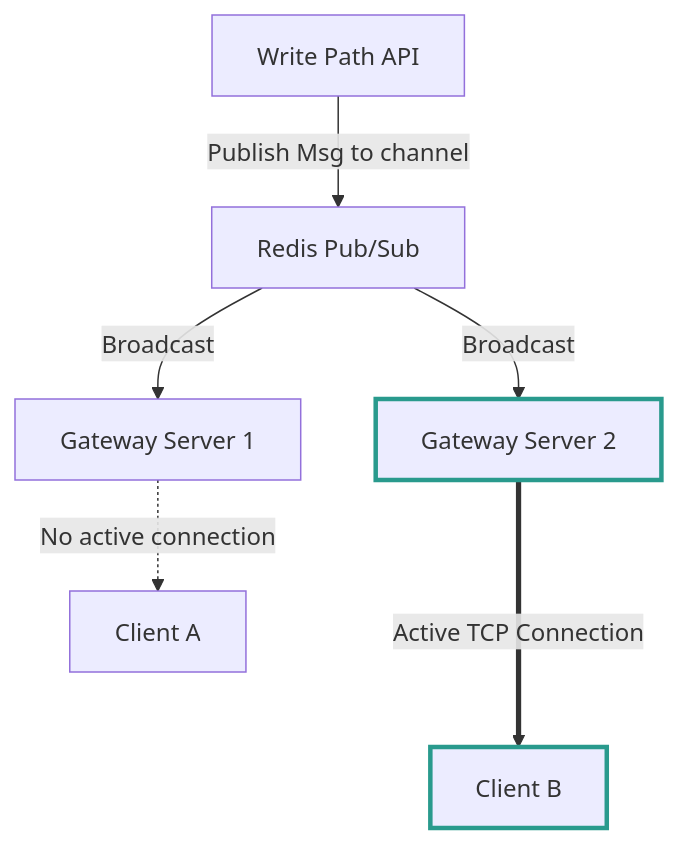
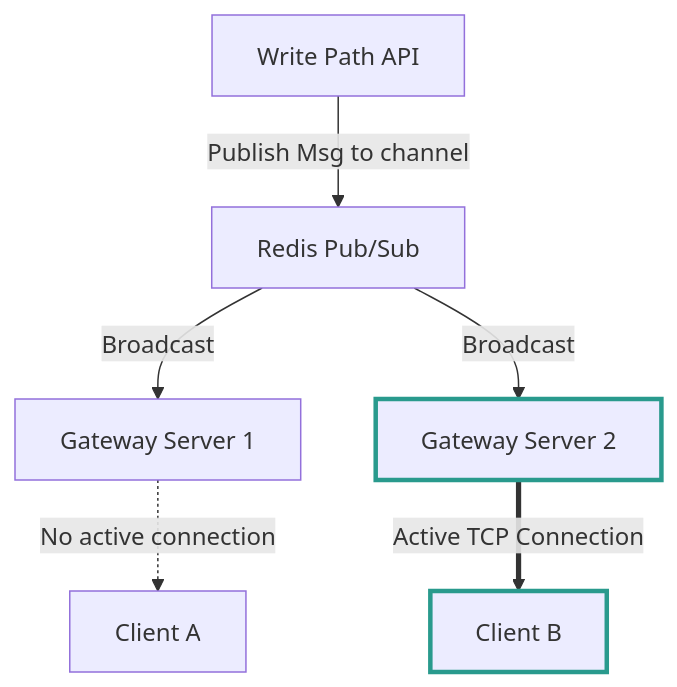
Before and after one commit to weifengcao/deep_system_design: the sixth of 7 diagrams in Patterns/01_realtime_updates.md, drawn with Mermaid. The commit also changed other lines of this file and 7 other files, not shown here.

First line of the commit message:
fix: resolve Mermaid diagram parsing errors across all pattern files

````diff
--- a/Patterns/01_realtime_updates.md
+++ b/Patterns/01_realtime_updates.md
@@ -163,12 +163,12 @@
 ```mermaid
 flowchart TD
     Write[Write Path API] -->|Publish Msg to channel| Broker[Redis Pub/Sub]
     Broker -->|Broadcast| G1[Gateway Server 1]
     Broker -->|Broadcast| G2[Gateway Server 2]
     
     G1 -.->|No active connection| C1[Client A]
-    G2 ===>|Active TCP Connection| C2[Client B]
+    G2 ==>|Active TCP Connection| C2[Client B]
     
     style G2 stroke:#299a8d,stroke-width:3px
     style C2 stroke:#299a8d,stroke-width:3px
 ```
````
